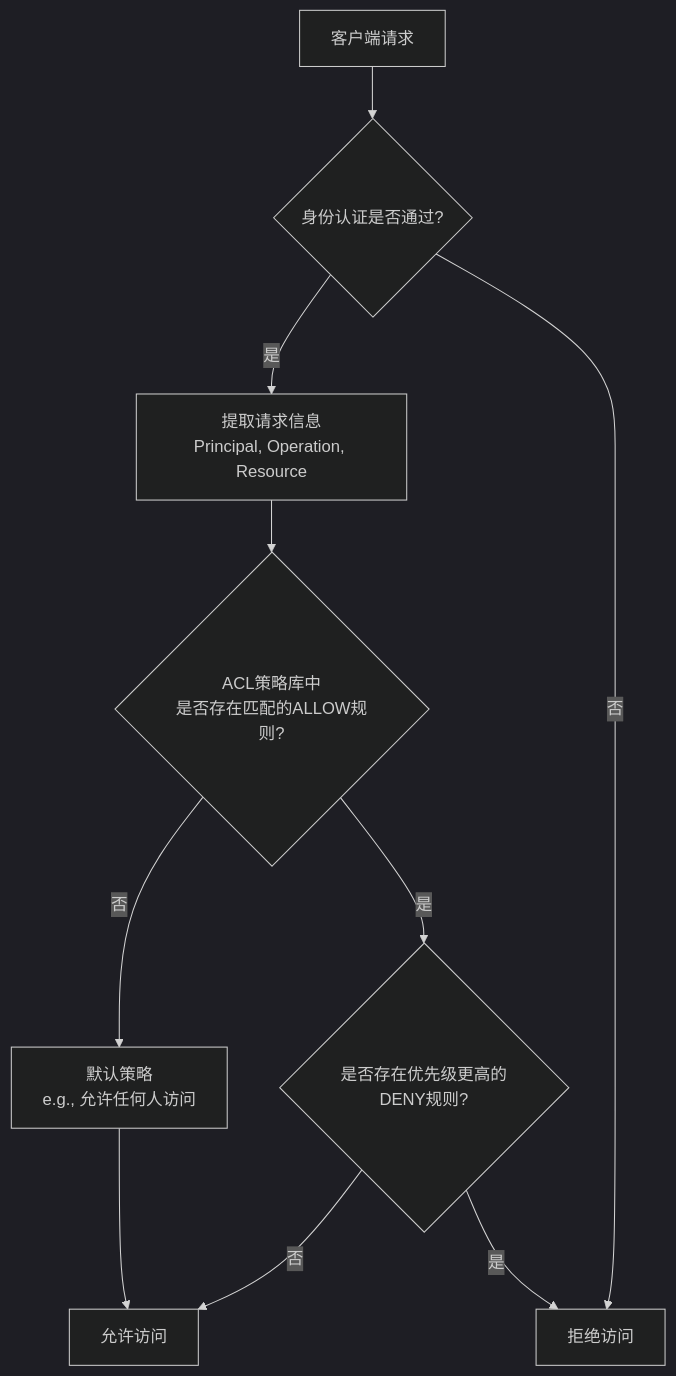
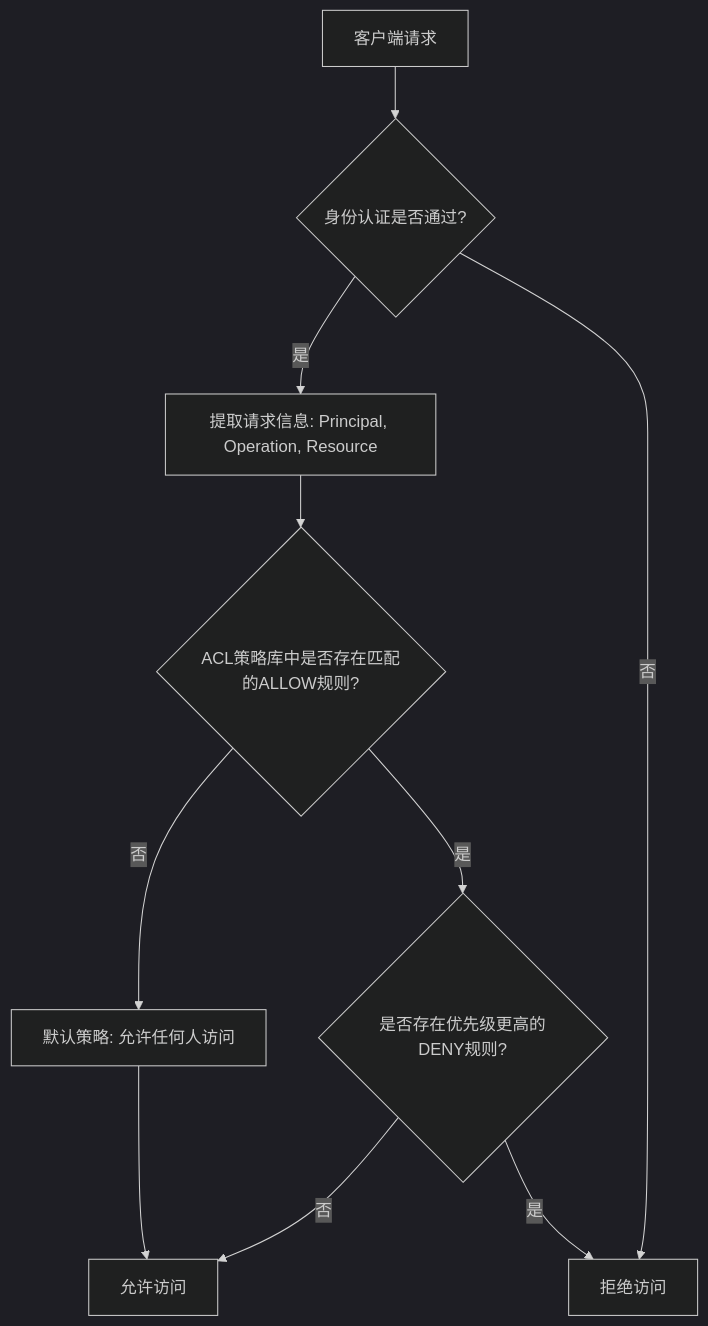
One commit to zz12121/KnowledgeDevelope changed the second of 2 diagrams in 10_DevelopLanguage/006_MessageQueue/04_KafkaSubject/08、Kafka 安全性.md. Above: the diagram before and after it, drawn with Mermaid (dark theme). The commit also changed other lines of this file and 12 other files, not shown here.

Commit message:
fix: 修复全库 Mermaid 图表语法错误

````diff
--- a/10_DevelopLanguage/006_MessageQueue/04_KafkaSubject/08、Kafka 安全性.md
+++ b/10_DevelopLanguage/006_MessageQueue/04_KafkaSubject/08、Kafka 安全性.md
@@ -98,12 +99,13 @@
 ```mermaid
 flowchart TD
-    A[客户端请求] --> B{身份认证是否通过?}
-    B -- 是 --> C[提取请求信息<br>Principal, Operation, Resource]
+    A[客户端请求] --> B{"身份认证是否通过?"}
+    B -- 是 --> C["提取请求信息: Principal, Operation, Resource"]
     B -- 否 --> D[拒绝访问]
-    C --> E{ACL策略库中<br>是否存在匹配的ALLOW规则?}
-    E -- 是 --> F{是否存在优先级更高的DENY规则?}
-    E -- 否 --> G[默认策略<br>e.g., 允许任何人访问]
+    C --> E{"ACL策略库中是否存在匹配的ALLOW规则?"}
+    E -- 是 --> F{"是否存在优先级更高的DENY规则?"}
+    E -- 否 --> G["默认策略: 允许任何人访问"]
     F -- 否 --> H[允许访问]
     F -- 是 --> D
     G --> H
+
 ```
````
